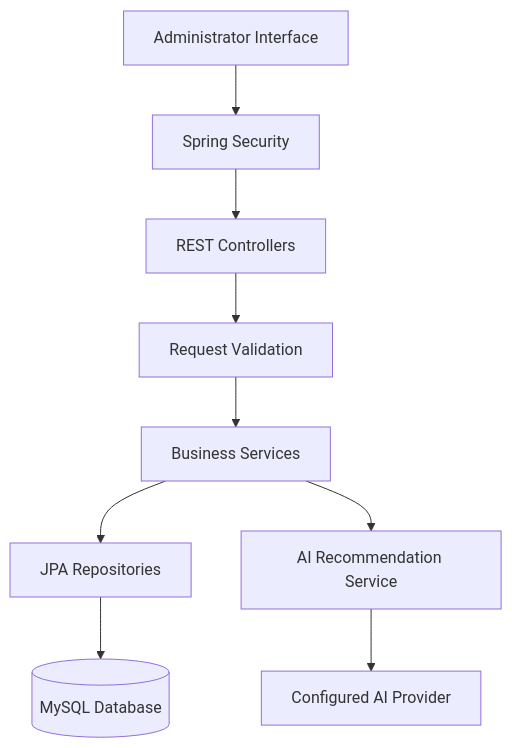
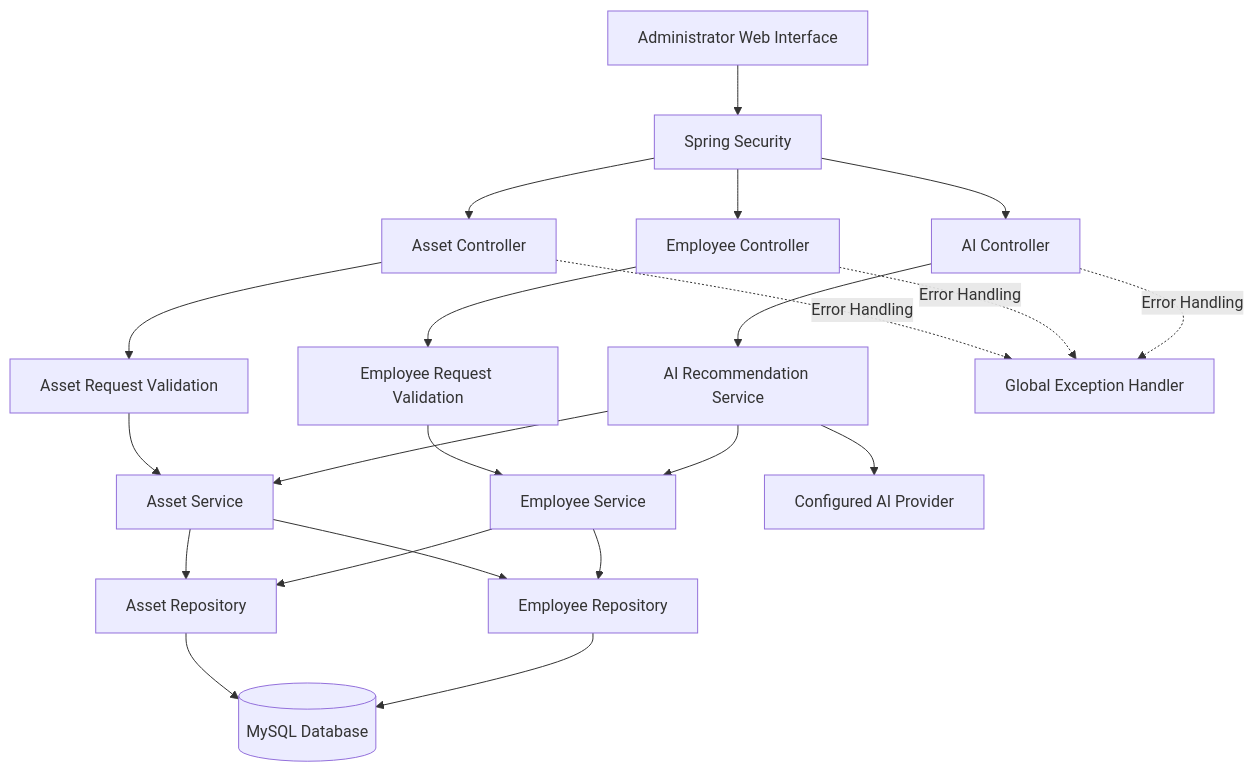
Before and after one commit to ilerioluwaa/ai-it-asset-management-system: the fourth of 11 diagrams in TECHNICAL_DEBT.md, drawn with Mermaid. The commit also changed other lines of this file and 5 other files, not shown here.

````diff
--- a/TECHNICAL_DEBT.md
+++ b/TECHNICAL_DEBT.md
@@ -1316,11 +2418,24 @@
 ```mermaid
 flowchart TD
-    U[Administrator Interface] --> SEC[Spring Security]
-    SEC --> C[REST Controllers]
-    C --> V[Request Validation]
-    V --> S[Business Services]
-    S --> R[JPA Repositories]
-    R --> D[(MySQL Database)]
-    S --> AI[AI Recommendation Service]
-    AI --> P[Configured AI Provider]
+    U[Administrator Web Interface] --> SEC[Spring Security]
+    SEC --> AC[Asset Controller]
+    SEC --> EC[Employee Controller]
+    SEC --> AIC[AI Controller]
+    AC --> AV[Asset Request Validation]
+    EC --> EV[Employee Request Validation]
+    AV --> AS[Asset Service]
+    EV --> ES[Employee Service]
+    AS --> AR[Asset Repository]
+    AS --> ER[Employee Repository]
+    ES --> ER
+    ES --> AR
+    AR --> DB[(MySQL Database)]
+    ER --> DB
+    AIC --> AIS[AI Recommendation Service]
+    AIS --> AS
+    AIS --> ES
+    AIS --> P[Configured AI Provider]
+    AC -. Error Handling .-> GE[Global Exception Handler]
+    EC -. Error Handling .-> GE
+    AIC -. Error Handling .-> GE
 ```
````
